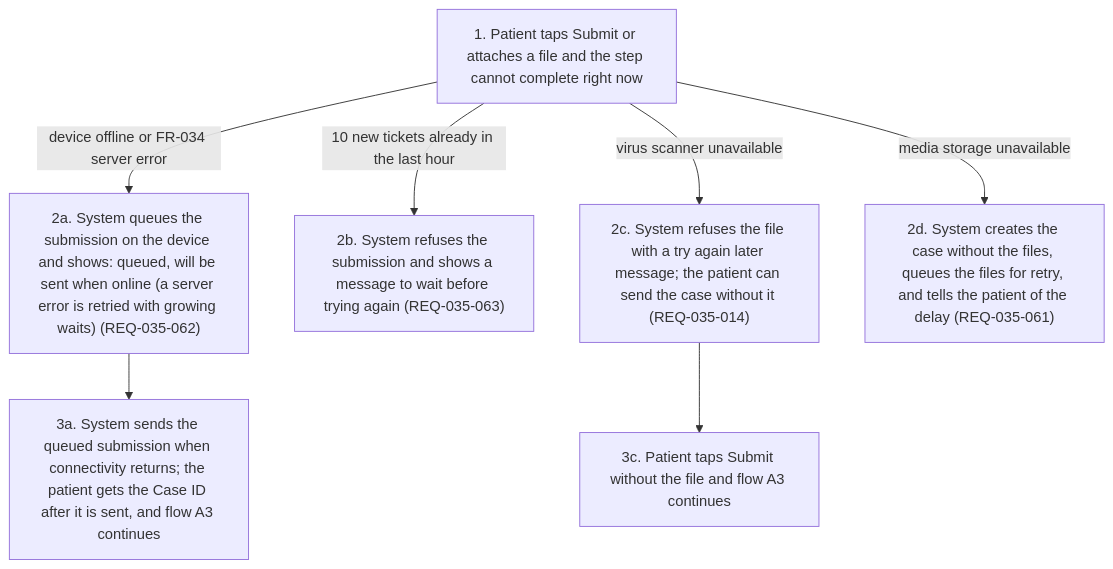
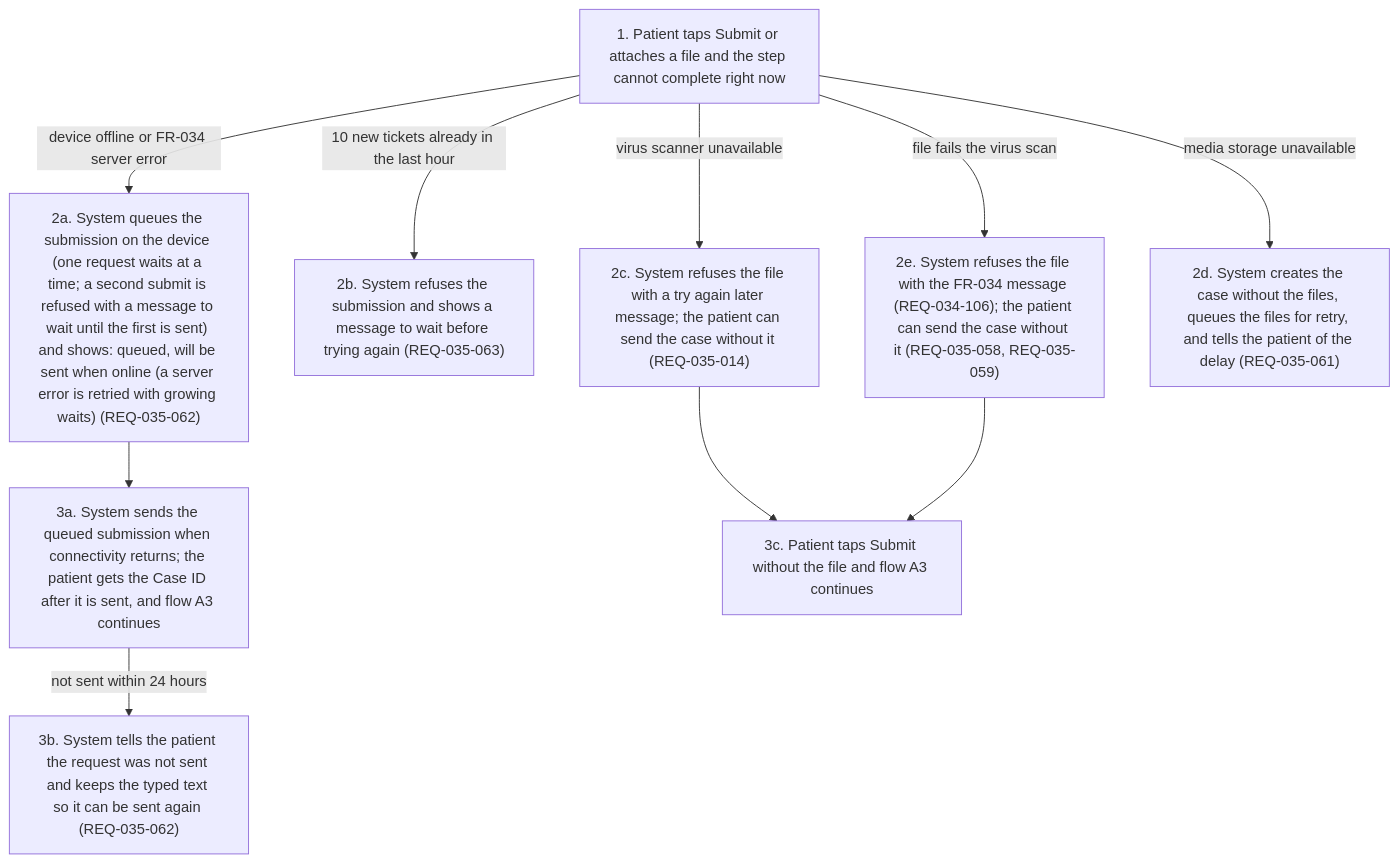
One commit to joachimtrungtuan/hairline-pm-docs changed the tenth of 10 diagrams in project-requirements/functional-requirements/fr035-patient-help-support/prd.md. Above: the diagram before and after it, drawn with Mermaid. The commit also changed other lines of this file and 5 other files, not shown here.

Commit message:
docs(fr035): apply logic review pass 2 fixes to PRD and graph

````diff
--- a/project-requirements/functional-requirements/fr035-patient-help-support/prd.md
+++ b/project-requirements/functional-requirements/fr035-patient-help-support/prd.md
@@ -247,9 +249,12 @@
 ```mermaid
 flowchart TD
-    B3S1["1. Patient taps Submit or attaches a file and the step cannot complete right now"] -->|device offline or FR-034 server error| B3S2["2a. System queues the submission on the device and shows: queued, will be sent when online (a server error is retried with growing waits) (REQ-035-062)"]
+    B3S1["1. Patient taps Submit or attaches a file and the step cannot complete right now"] -->|device offline or FR-034 server error| B3S2["2a. System queues the submission on the device (one request waits at a time; a second submit is refused with a message to wait until the first is sent) and shows: queued, will be sent when online (a server error is retried with growing waits) (REQ-035-062)"]
     B3S2 --> B3S3["3a. System sends the queued submission when connectivity returns; the patient gets the Case ID after it is sent, and flow A3 continues"]
+    B3S3 -->|not sent within 24 hours| B3S8["3b. System tells the patient the request was not sent and keeps the typed text so it can be sent again (REQ-035-062)"]
     B3S1 -->|10 new tickets already in the last hour| B3S4["2b. System refuses the submission and shows a message to wait before trying again (REQ-035-063)"]
     B3S1 -->|virus scanner unavailable| B3S5["2c. System refuses the file with a try again later message; the patient can send the case without it (REQ-035-014)"]
     B3S5 --> B3S6["3c. Patient taps Submit without the file and flow A3 continues"]
+    B3S1 -->|file fails the virus scan| B3S9["2e. System refuses the file with the FR-034 message (REQ-034-106); the patient can send the case without it (REQ-035-058, REQ-035-059)"]
+    B3S9 --> B3S6
     B3S1 -->|media storage unavailable| B3S7["2d. System creates the case without the files, queues the files for retry, and tells the patient of the delay (REQ-035-061)"]
 ```
````
